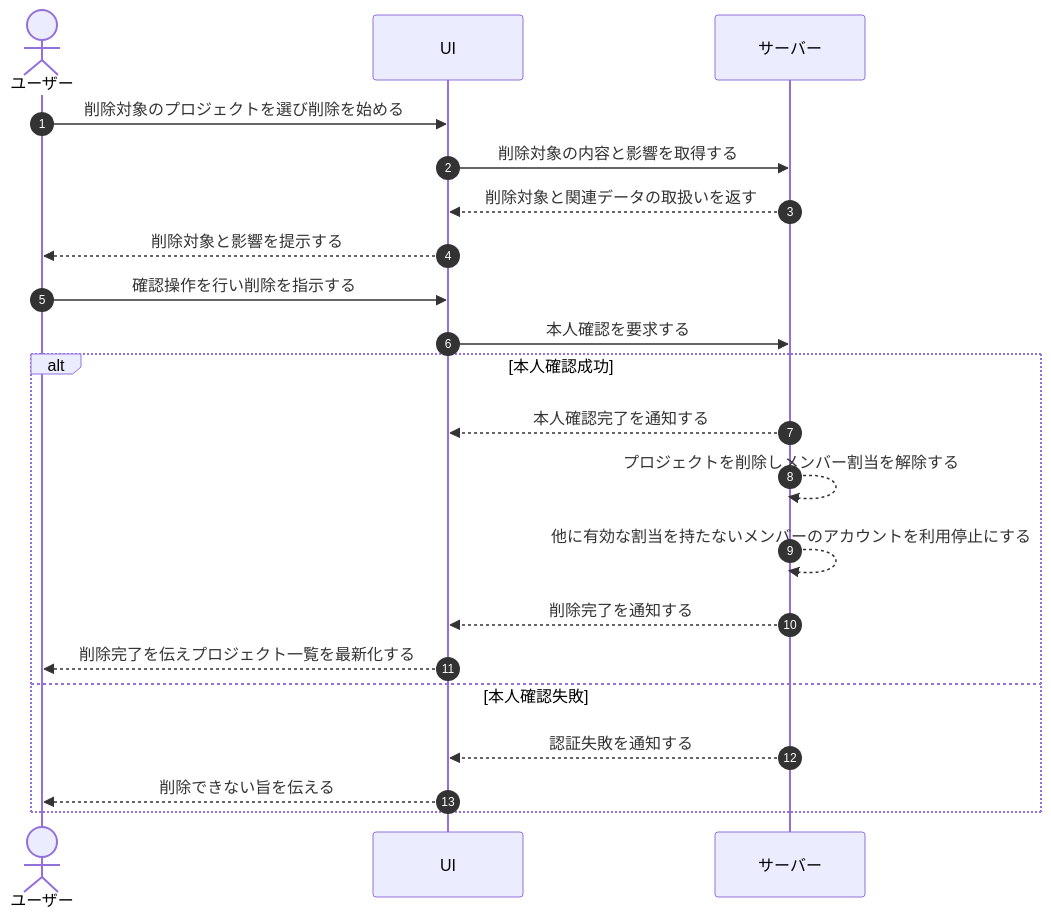
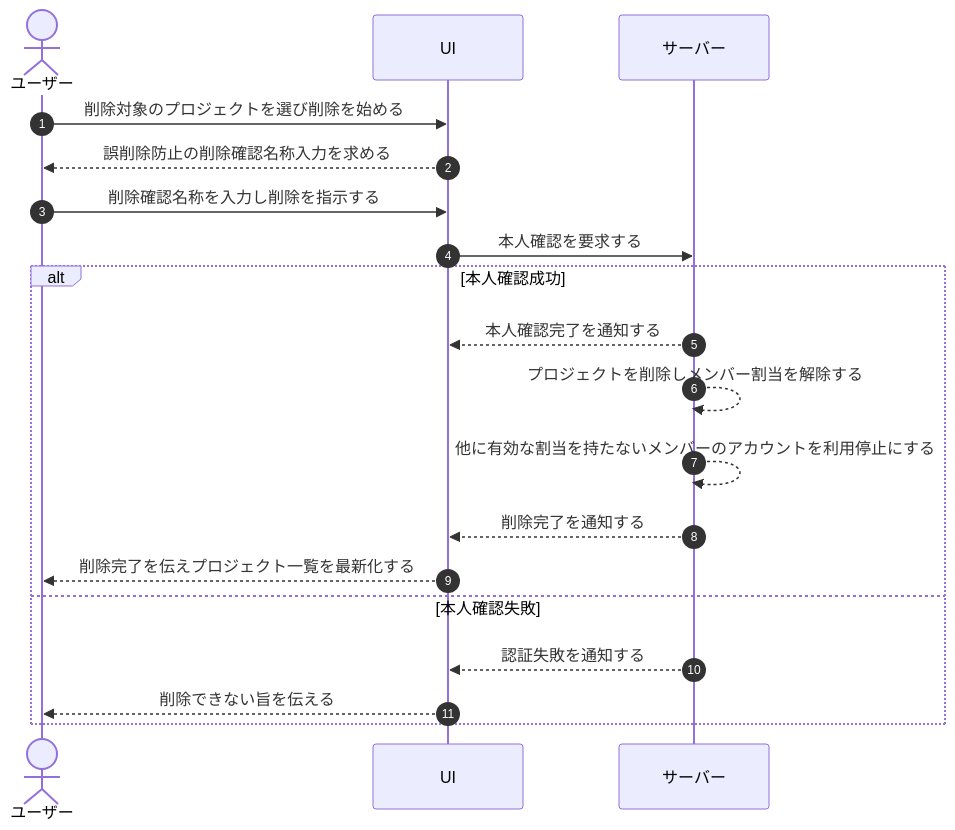
Before and after one commit to sikakou54/open-faq: the diagram in 01_requirements/04_business_usecases/UC-017.md, drawn with Mermaid. The commit also changed other lines of this file and 55 other files, not shown here.

````diff
--- a/01_requirements/04_business_usecases/UC-017.md
+++ b/01_requirements/04_business_usecases/UC-017.md
@@ -27,23 +27,21 @@
 ```mermaid
 sequenceDiagram
   autonumber
   actor U as ユーザー
   participant UI as UI
   participant S as サーバー
   U->>UI: 削除対象のプロジェクトを選び削除を始める
-  UI->>S: 削除対象の内容と影響を取得する
-  S-->>UI: 削除対象と関連データの取扱いを返す
-  UI-->>U: 削除対象と影響を提示する
-  U->>UI: 確認操作を行い削除を指示する
+  UI-->>U: 誤削除防止の削除確認名称入力を求める
+  U->>UI: 削除確認名称を入力し削除を指示する
   UI->>S: 本人確認を要求する
   alt 本人確認成功
     S-->>UI: 本人確認完了を通知する
     S-->>S: プロジェクトを削除しメンバー割当を解除する
     S-->>S: 他に有効な割当を持たないメンバーのアカウントを利用停止にする
     S-->>UI: 削除完了を通知する
     UI-->>U: 削除完了を伝えプロジェクト一覧を最新化する
   else 本人確認失敗
     S-->>UI: 認証失敗を通知する
     UI-->>U: 削除できない旨を伝える
   end
 ```
````
